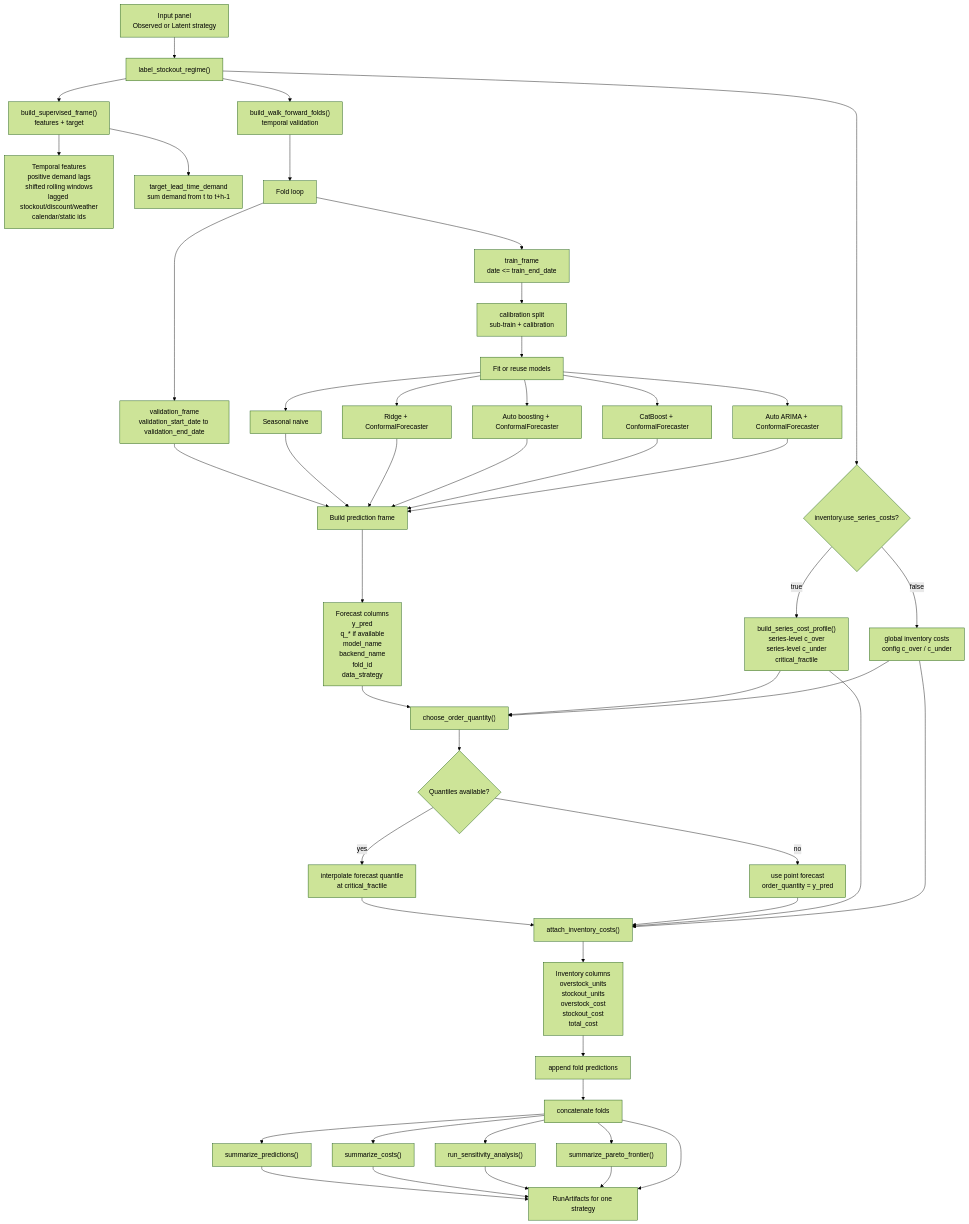
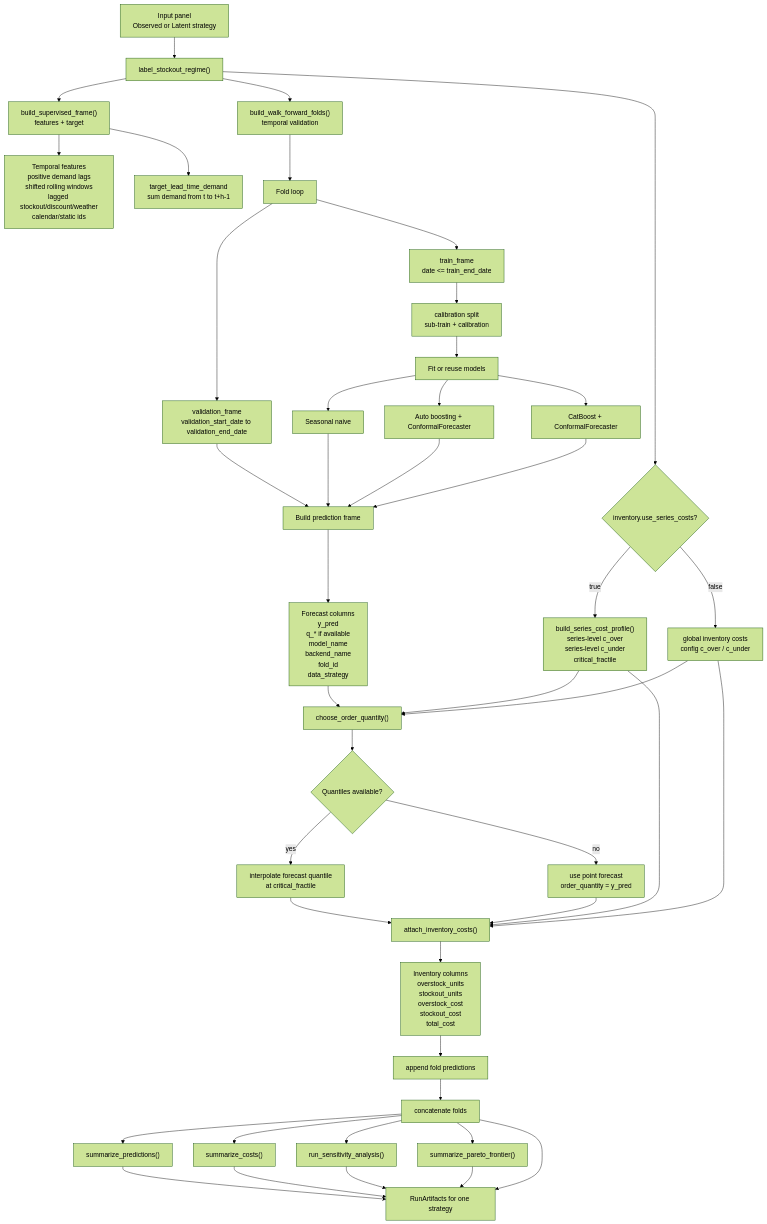
The second of 2 diagrams in docs/system_design.md (ArtemMindlin/retail-demand-forecasting-system), drawn with Mermaid (forest theme) before and after one commit. The commit also changed other lines of this file and 31 other files, not shown here.

````diff
--- a/docs/system_design.md
+++ b/docs/system_design.md
@@ -64,63 +66,59 @@
 ```mermaid
 flowchart TD
     A["Input panel<br/>Observed or Latent strategy"] --> B["label_stockout_regime()"]
 
     B --> C["build_supervised_frame()<br/>features + target"]
     C --> C1["Temporal features<br/>positive demand lags<br/>shifted rolling windows<br/>lagged stockout/discount/weather<br/>calendar/static ids"]
     C --> C2["target_lead_time_demand<br/>sum demand from t to t+h-1"]
 
     B --> D{"inventory.use_series_costs?"}
     D -->|true| D1["build_series_cost_profile()<br/>series-level c_over<br/>series-level c_under<br/>critical_fractile"]
     D -->|false| D2["global inventory costs<br/>config c_over / c_under"]
 
     B --> E["build_walk_forward_folds()<br/>temporal validation"]
     E --> F["Fold loop"]
 
     F --> F1["train_frame<br/>date <= train_end_date"]
     F --> F2["validation_frame<br/>validation_start_date to validation_end_date"]
     F1 --> F3["calibration split<br/>sub-train + calibration"]
 
     F3 --> G["Fit or reuse models"]
     G --> G1["Seasonal naive"]
-    G --> G2["Ridge + ConformalForecaster"]
-    G --> G3["Auto boosting + ConformalForecaster"]
-    G --> G4["CatBoost + ConformalForecaster"]
-    G --> G5["Auto ARIMA + ConformalForecaster"]
+    G --> G2["Auto boosting + ConformalForecaster"]
+    G --> G3["CatBoost + ConformalForecaster"]
 
     F2 --> H["Build prediction frame"]
     G1 --> H
     G2 --> H
     G3 --> H
-    G4 --> H
-    G5 --> H
 
     H --> H1["Forecast columns<br/>y_pred<br/>q_* if available<br/>model_name<br/>backend_name<br/>fold_id<br/>data_strategy"]
 
     H1 --> I["choose_order_quantity()"]
     D1 --> I
     D2 --> I
 
     I --> I1{"Quantiles available?"}
     I1 -->|yes| I2["interpolate forecast quantile<br/>at critical_fractile"]
     I1 -->|no| I3["use point forecast<br/>order_quantity = y_pred"]
 
     I2 --> J["attach_inventory_costs()"]
     I3 --> J
     D1 --> J
     D2 --> J
 
     J --> J1["Inventory columns<br/>overstock_units<br/>stockout_units<br/>overstock_cost<br/>stockout_cost<br/>total_cost"]
     J1 --> K["append fold predictions"]
 
     K --> L["concatenate folds"]
     L --> M["summarize_predictions()"]
     L --> N["summarize_costs()"]
     L --> O["run_sensitivity_analysis()"]
     L --> P["summarize_pareto_frontier()"]
 
     M --> Q["RunArtifacts for one strategy"]
     N --> Q
     O --> Q
     P --> Q
     L --> Q
 ```
````
